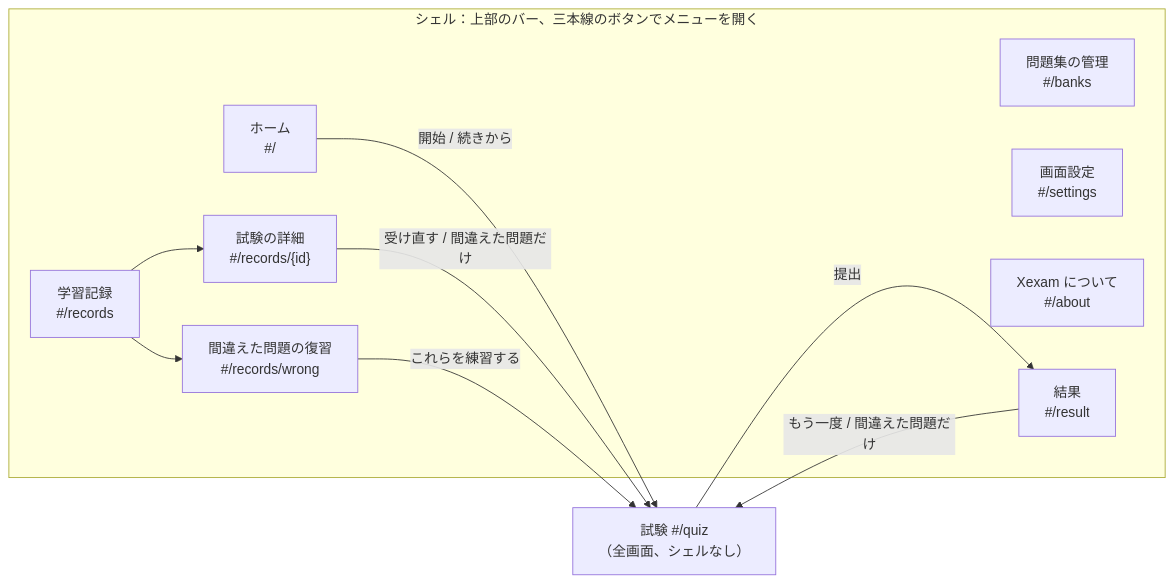
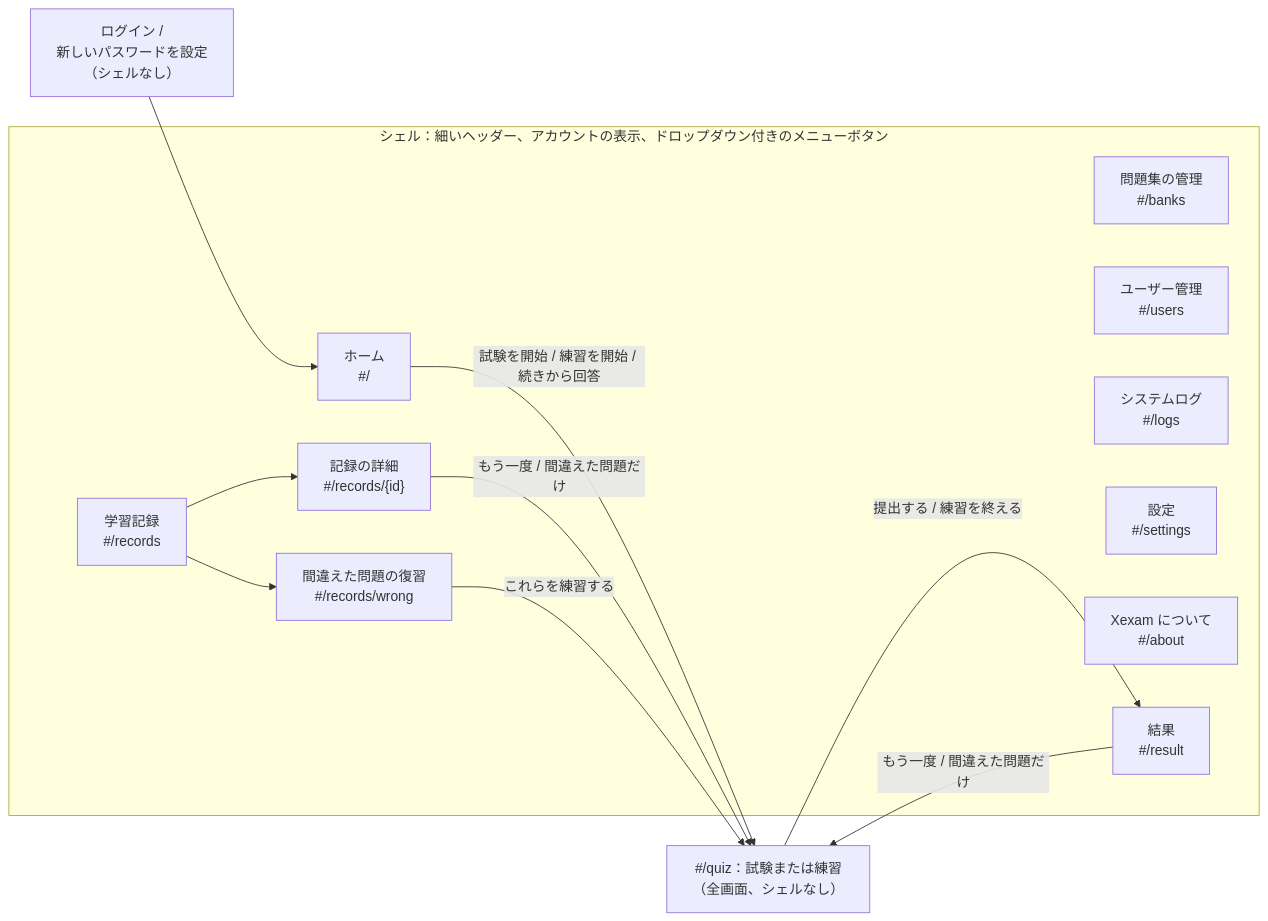
Before and after one commit to Yumin-Space/xexam: the third of 5 diagrams in docs/ja/architecture.md, drawn with Mermaid. The commit also changed other lines of this file and 295 other files, not shown here.

````diff
--- a/docs/ja/architecture.md
+++ b/docs/ja/architecture.md
@@ -136,21 +190,24 @@
 ```mermaid
 flowchart LR
-    subgraph shell["シェル：上部のバー、三本線のボタンでメニューを開く"]
+    SI["ログイン /<br/>新しいパスワードを設定<br/>（シェルなし）"] --> H
+    subgraph shell["シェル：細いヘッダー、アカウントの表示、ドロップダウン付きのメニューボタン"]
         H["ホーム<br/>#/"]
         B["問題集の管理<br/>#/banks"]
         R["学習記録<br/>#/records"]
-        S["画面設定<br/>#/settings"]
-        A["Xexam について<br/>#/about"]
-        D["試験の詳細<br/>#/records/{id}"]
+        US["ユーザー管理<br/>#/users"]
+        LG["システムログ<br/>#/logs"]
+        S["設定<br/>#/settings"]
+        AB["Xexam について<br/>#/about"]
+        D["記録の詳細<br/>#/records/{id}"]
         W["間違えた問題の復習<br/>#/records/wrong"]
         RS["結果<br/>#/result"]
     end
-    Q["試験 #/quiz<br/>（全画面、シェルなし）"]
+    Q["#/quiz：試験または練習<br/>（全画面、シェルなし）"]
     R --> D
     R --> W
-    H -->|"開始 / 続きから"| Q
-    Q -->|"提出"| RS
+    H -->|"試験を開始 / 練習を開始 / 続きから回答"| Q
+    Q -->|"提出する / 練習を終える"| RS
     RS -->|"もう一度 / 間違えた問題だけ"| Q
-    D -->|"受け直す / 間違えた問題だけ"| Q
+    D -->|"もう一度 / 間違えた問題だけ"| Q
     W -->|"これらを練習する"| Q
 ```
````
